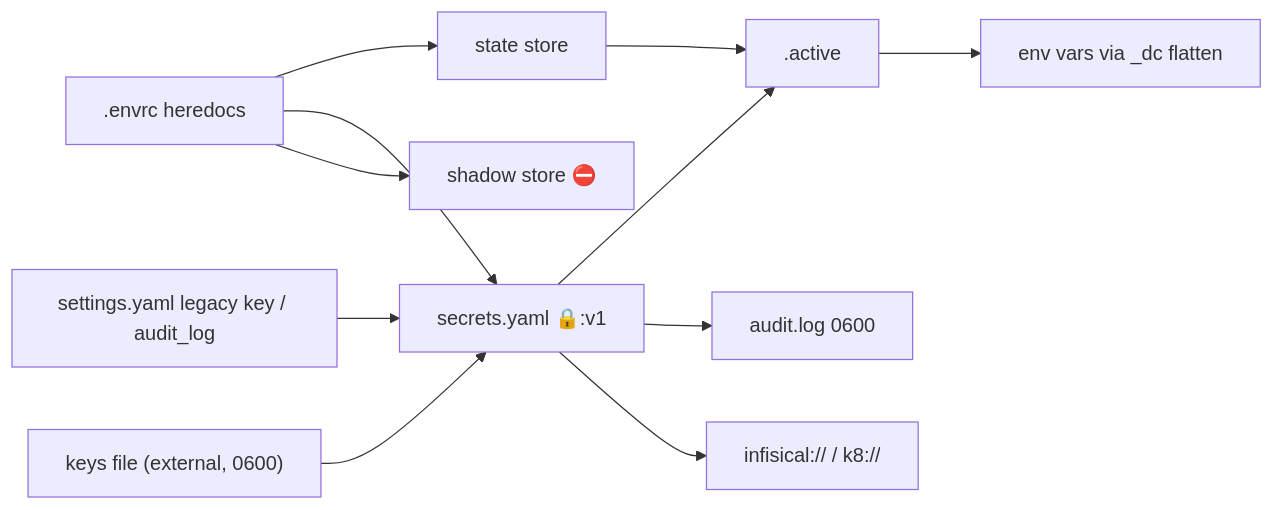
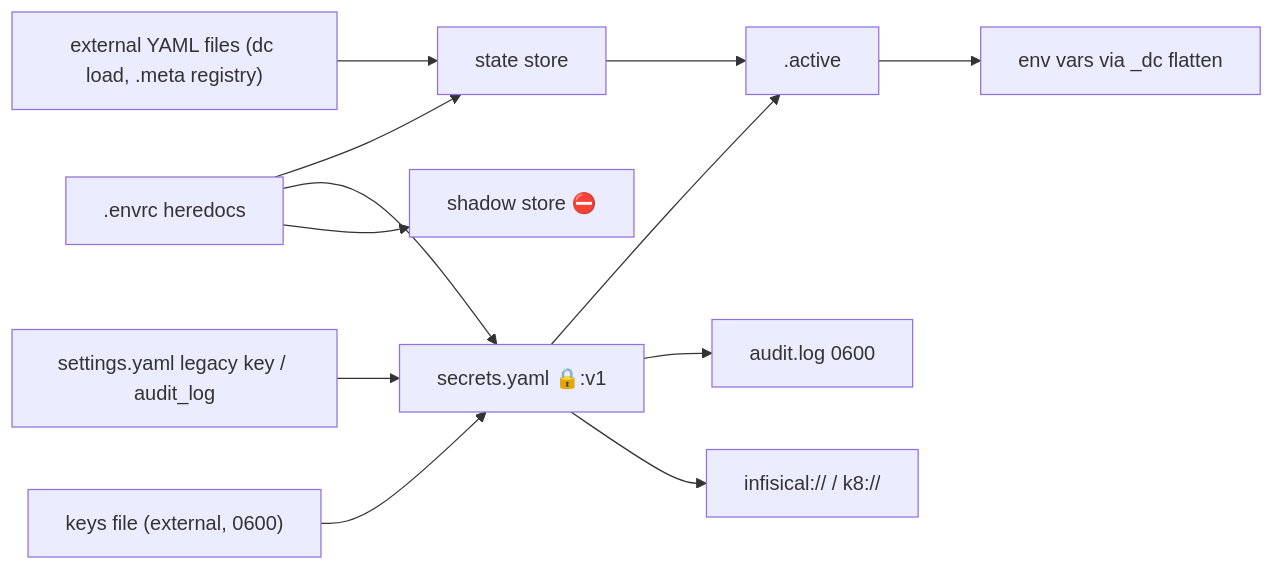
Before and after one commit to the-robot-lives/direnv-config: the diagram in docs/PROJ-SCHEMA.summary.md, drawn with Mermaid. The commit also changed other lines of this file and 3 other files, not shown here.

First line of the commit message:
docs: external YAML files — dc load format, provenance registry, --file, precedence

````diff
--- a/docs/PROJ-SCHEMA.summary.md
+++ b/docs/PROJ-SCHEMA.summary.md
@@ -36,13 +43,14 @@
 ```mermaid
 graph LR
     ENVRC[".envrc heredocs"] --> STORE["state store"]
+    EXT["external YAML files (dc load, .meta registry)"] --> STORE
     ENVRC --> SECRETS["secrets.yaml 🔒:v1"]
     ENVRC --> SHADOW["shadow store ⛔"]
     STORE --> ACTIVE[".active"]
     SECRETS --> ACTIVE
     ACTIVE --> ENV["env vars via _dc flatten"]
     SETTINGS["settings.yaml legacy key / audit_log"] --> SECRETS
     KEYFILE["keys file (external, 0600)"] --> SECRETS
     SECRETS --> AUDIT["audit.log 0600"]
     SECRETS --> REMOTE["infisical:// / k8://"]
 ```
````
